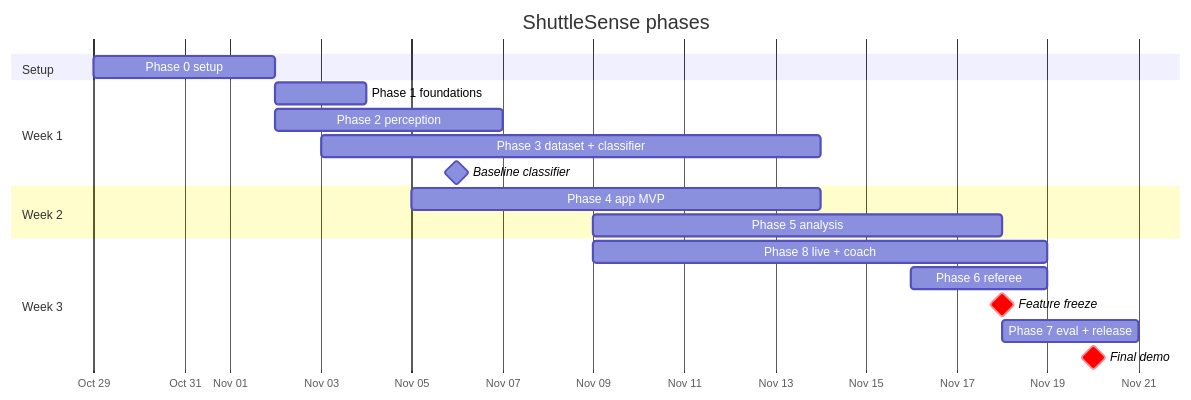
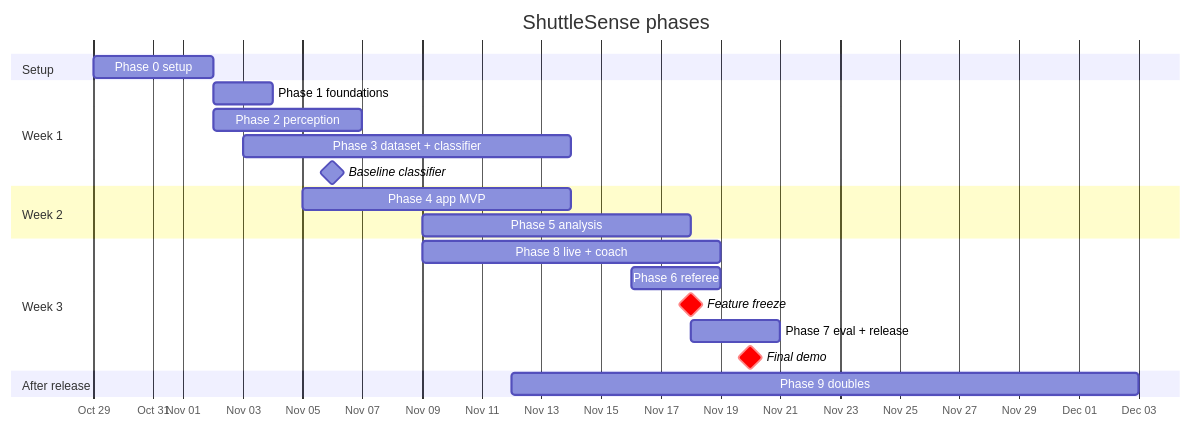
Before and after one commit to Mist10148/ShuttleSense: the first of 3 diagrams in docs/PHASES.md, drawn with Mermaid. The commit also changed other lines of this file and 5 other files, not shown here.

First line of the commit message:
docs: add Phase 9 doubles plan and record D22

````diff
--- a/docs/PHASES.md
+++ b/docs/PHASES.md
@@ -56,22 +57,24 @@
 ```mermaid
 gantt
     title ShuttleSense phases
     dateFormat YYYY-MM-DD
     axisFormat %b %d
     section Setup
     Phase 0 setup                  :p0, 2026-10-29, 4d
     section Week 1
     Phase 1 foundations            :p1, 2026-11-02, 2d
     Phase 2 perception             :p2, 2026-11-02, 5d
     Phase 3 dataset + classifier   :p3, 2026-11-03, 11d
     Baseline classifier            :milestone, 2026-11-06, 0d
     section Week 2
     Phase 4 app MVP                :p4, 2026-11-05, 9d
     Phase 5 analysis               :p5, 2026-11-09, 9d
     section Week 3
     Phase 8 live + coach           :p8, 2026-11-09, 10d
     Phase 6 referee                :p6, 2026-11-16, 3d
     Feature freeze                 :milestone, crit, 2026-11-18, 0d
     Phase 7 eval + release         :p7, 2026-11-18, 3d
     Final demo                     :milestone, crit, 2026-11-20, 0d
+    section After release
+    Phase 9 doubles                :p9, 2026-11-12, 21d
 ```
````
